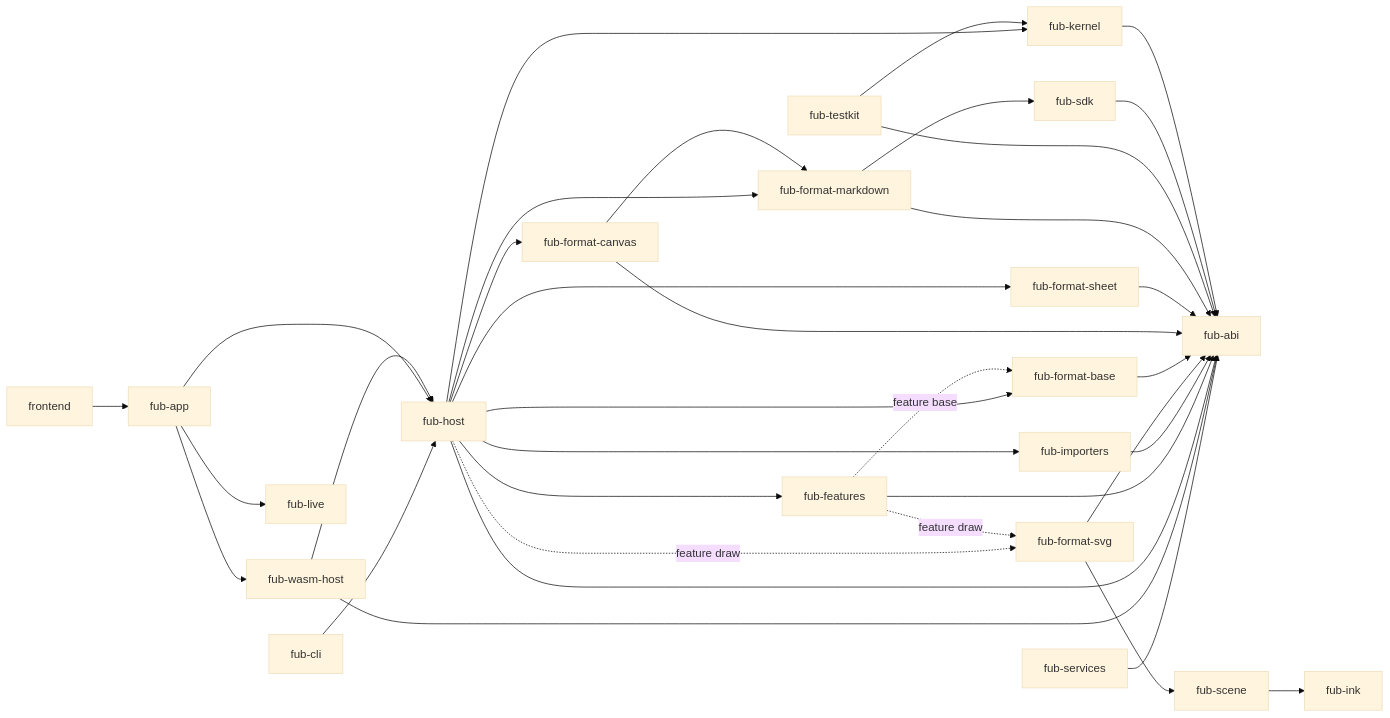
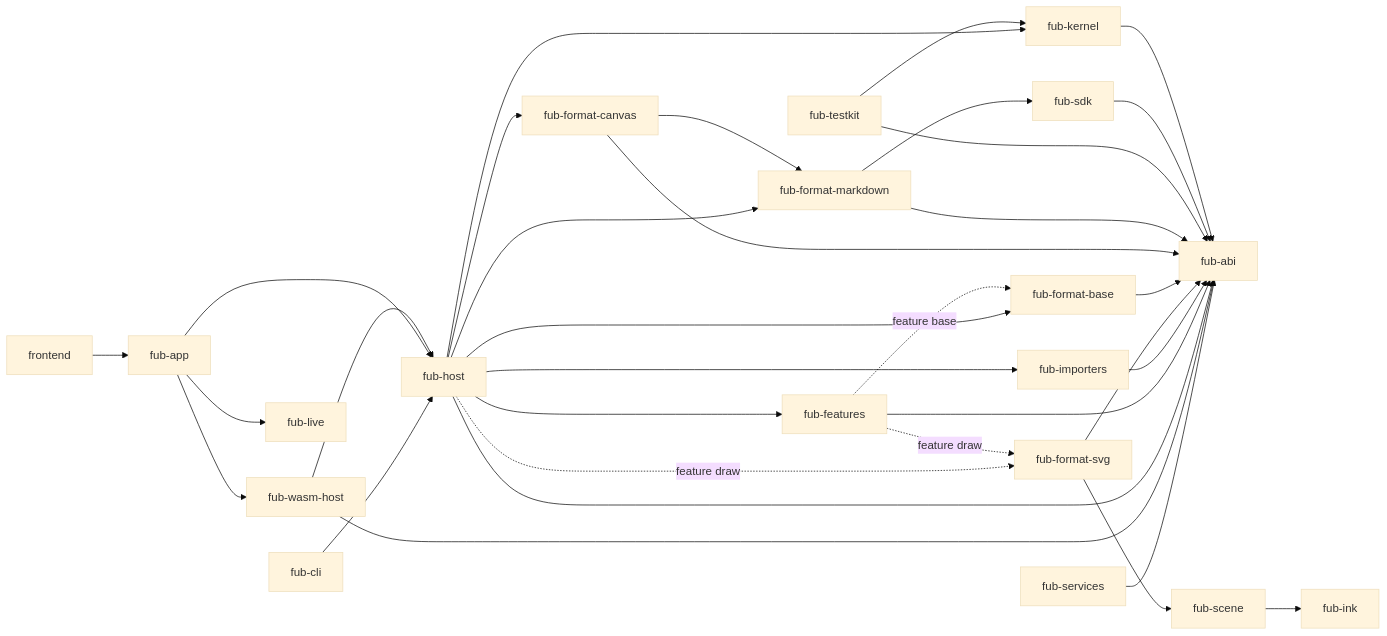
The first of 3 diagrams in docs/architecture/components-and-boundaries.md (Fubeo/Fub), drawn with Mermaid (base theme) before and after one commit. The commit also changed other lines of this file and 19 other files, not shown here.

````diff
--- a/docs/architecture/components-and-boundaries.md
+++ b/docs/architecture/components-and-boundaries.md
@@ -9,39 +9,37 @@
 ```mermaid
 flowchart LR
     ABI["fub-abi"]
     KERNEL["fub-kernel"] --> ABI
     SDK["fub-sdk"] --> ABI
     TESTKIT["fub-testkit"] --> KERNEL
     TESTKIT --> ABI
     MARKDOWN["fub-format-markdown"] --> ABI
     MARKDOWN --> SDK
-    SHEET["fub-format-sheet"] --> ABI
     CANVAS["fub-format-canvas"] --> ABI
     CANVAS --> MARKDOWN
     BASE["fub-format-base"] --> ABI
     INK["fub-ink"]
     SCENE["fub-scene"] --> INK
     SVG["fub-format-svg"] --> ABI
     SVG --> SCENE
     IMPORTERS["fub-importers"] --> ABI
     FEATURES["fub-features"] --> ABI
     FEATURES -. "feature base" .-> BASE
     FEATURES -. "feature draw" .-> SVG
     HOST["fub-host"] --> KERNEL
     HOST --> ABI
     HOST --> FEATURES
     HOST --> MARKDOWN
-    HOST --> SHEET
     HOST --> CANVAS
     HOST --> BASE
     HOST -. "feature draw" .-> SVG
     HOST --> IMPORTERS
     WASM["fub-wasm-host"] --> ABI
     WASM --> HOST
     APP["fub-app"] --> HOST
     APP --> WASM
     APP --> LIVE["fub-live"]
     CLI["fub-cli"] --> HOST
     SERVICES["fub-services"] --> ABI
     FRONTEND["frontend"] --> APP
 ```
````
